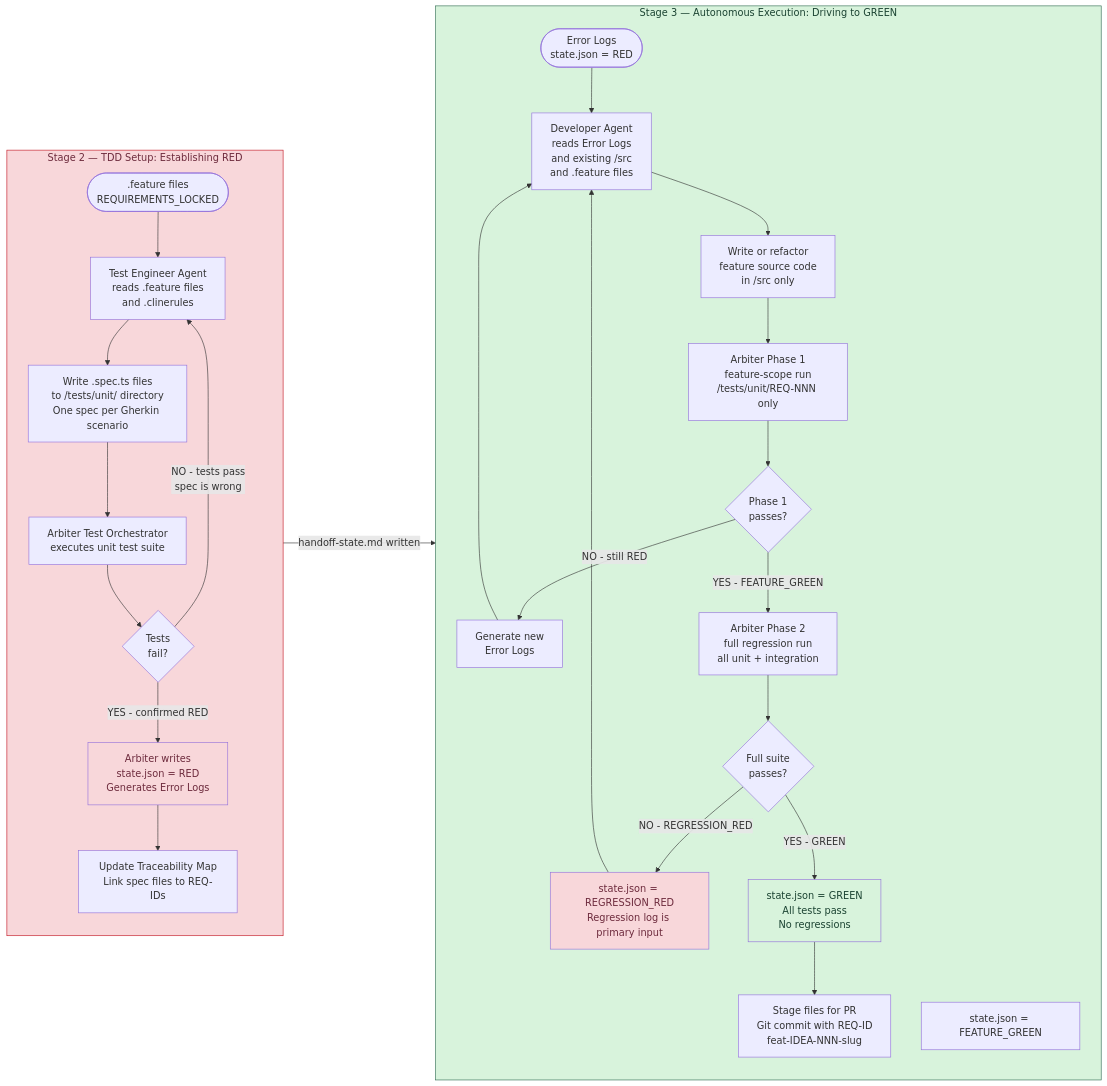
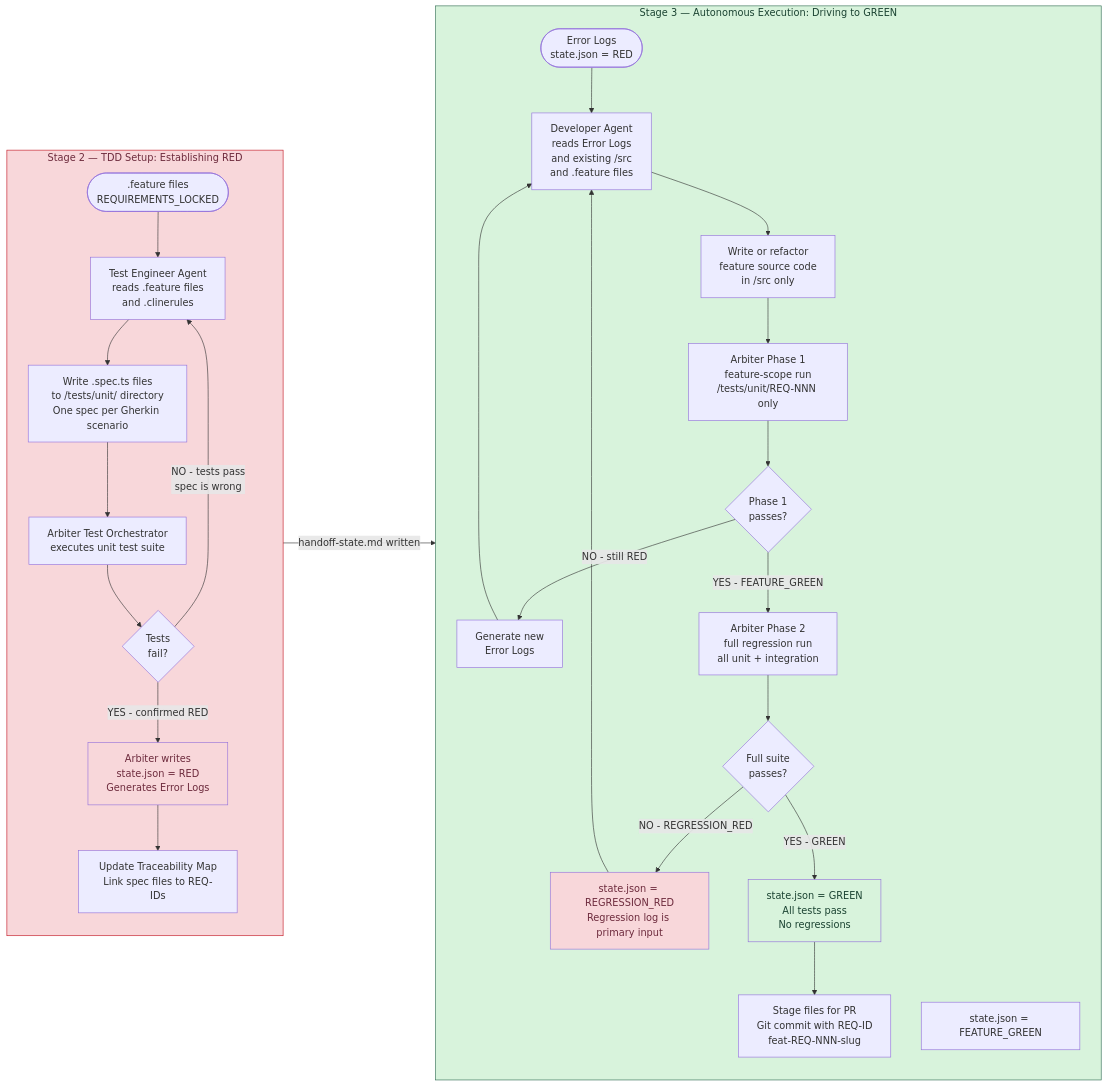
One commit to nghiaphan31/agentic-workbench-lab changed the first of 2 diagrams in diagrams/03-tdd-and-state.md. Above: the diagram before and after it, drawn with Mermaid. The commit also changed other lines of this file and 54 other files, not shown here.

````diff
--- a/diagrams/03-tdd-and-state.md
+++ b/diagrams/03-tdd-and-state.md
@@ -13,56 +13,56 @@
 ```mermaid
 flowchart LR
     subgraph STAGE2["Stage 2 — TDD Setup: Establishing RED"]
         direction TB
         S2_IN([.feature files\nREQUIREMENTS_LOCKED]) --> S2_1
         S2_1[Test Engineer Agent\nreads .feature files\nand .clinerules]
         S2_2[Write .spec.ts files\nto /tests/unit/ directory\nOne spec per Gherkin scenario]
         S2_3[Arbiter Test Orchestrator\nexecutes unit test suite]
         S2_4{Tests\nfail?}
         S2_5[Arbiter writes\nstate.json = RED\nGenerates Error Logs]
         S2_6[Update Traceability Map\nLink spec files to REQ-IDs]
 
         S2_1 --> S2_2
         S2_2 --> S2_3
         S2_3 --> S2_4
         S2_4 -->|NO - tests pass\nspec is wrong| S2_1
         S2_4 -->|YES - confirmed RED| S2_5
         S2_5 --> S2_6
     end
 
     subgraph STAGE3["Stage 3 — Autonomous Execution: Driving to GREEN"]
         direction TB
         S3_IN([Error Logs\nstate.json = RED]) --> S3_1
         S3_1[Developer Agent\nreads Error Logs\nand existing /src\nand .feature files]
         S3_2[Write or refactor\nfeature source code\nin /src only]
         S3_3[Arbiter Phase 1\nfeature-scope run\n/tests/unit/REQ-NNN only]
         S3_4{Phase 1\npasses?}
         S3_5[state.json = FEATURE_GREEN]
         S3_6[Arbiter Phase 2\nfull regression run\nall unit + integration]
         S3_7{Full suite\npasses?}
         S3_8[state.json = REGRESSION_RED\nRegression log is primary input]
         S3_9[state.json = GREEN\nAll tests pass\nNo regressions]
-        S3_10[Stage files for PR\nGit commit with REQ-ID\nfeat-IDEA-NNN-slug]
+        S3_10[Stage files for PR\nGit commit with REQ-ID\nfeat-REQ-NNN-slug]
         S3_11[Generate new\nError Logs]
 
         S3_1 --> S3_2
         S3_2 --> S3_3
         S3_3 --> S3_4
         S3_4 -->|NO - still RED| S3_11
         S3_11 --> S3_1
         S3_4 -->|YES - FEATURE_GREEN| S3_6
         S3_6 --> S3_7
         S3_7 -->|NO - REGRESSION_RED| S3_8
         S3_8 --> S3_1
         S3_7 -->|YES - GREEN| S3_9
         S3_9 --> S3_10
     end
 
     S2_6 -->|handoff-state.md written| S3_IN
 
     style STAGE2 fill:#f8d7da,color:#6d2b3d,stroke:#c1121f
     style STAGE3 fill:#d8f3dc,color:#1b4332,stroke:#2d6a4f
     style S2_5 fill:#f8d7da,color:#6d2b3d
     style S3_8 fill:#f8d7da,color:#6d2b3d
     style S3_9 fill:#d8f3dc,color:#1b4332
 ```
````
